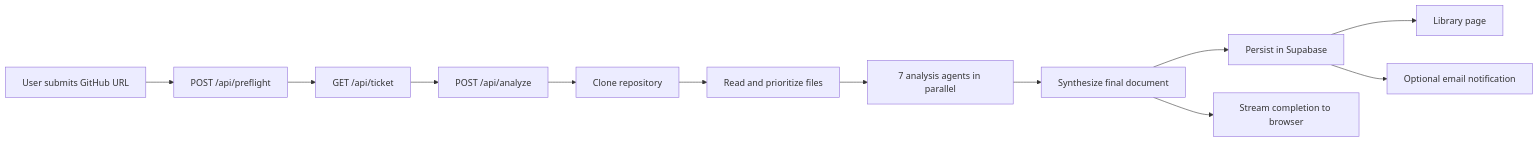
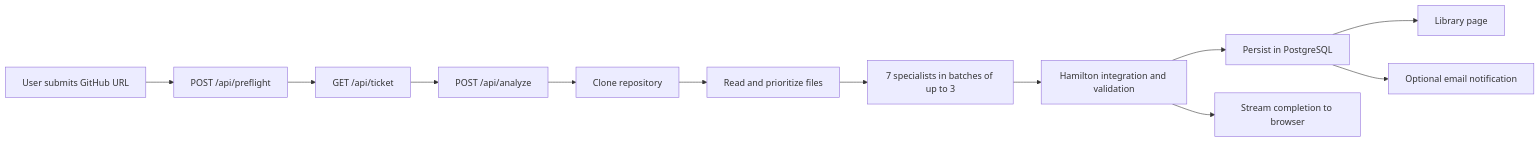
The first of 2 diagrams in README.md (686f6c61/iwtbi), drawn with Mermaid before and after one commit. The commit also changed other lines of this file and 115 other files, not shown here.

````diff
--- a/README.md
+++ b/README.md
@@ -26,14 +26,14 @@
 ```mermaid
 flowchart LR
     A["User submits GitHub URL"] --> B["POST /api/preflight"]
     B --> C["GET /api/ticket"]
     C --> D["POST /api/analyze"]
     D --> E["Clone repository"]
     E --> F["Read and prioritize files"]
-    F --> G["7 analysis agents in parallel"]
-    G --> H["Synthesize final document"]
-    H --> I["Persist in Supabase"]
+    F --> G["7 specialists in batches of up to 3"]
+    G --> H["Hamilton integration and validation"]
+    H --> I["Persist in PostgreSQL"]
     H --> J["Stream completion to browser"]
     I --> K["Library page"]
     I --> L["Optional email notification"]
 ```
````
